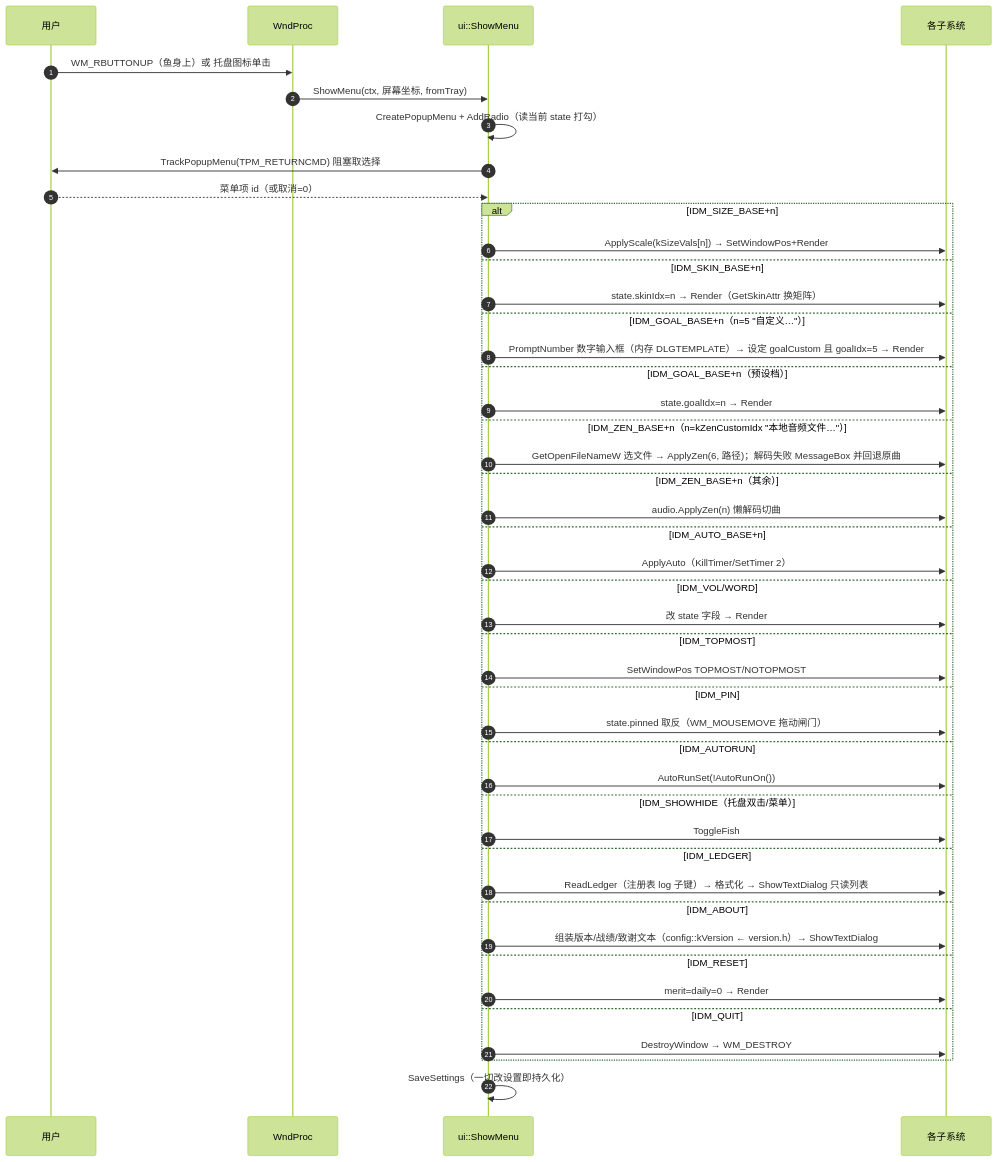
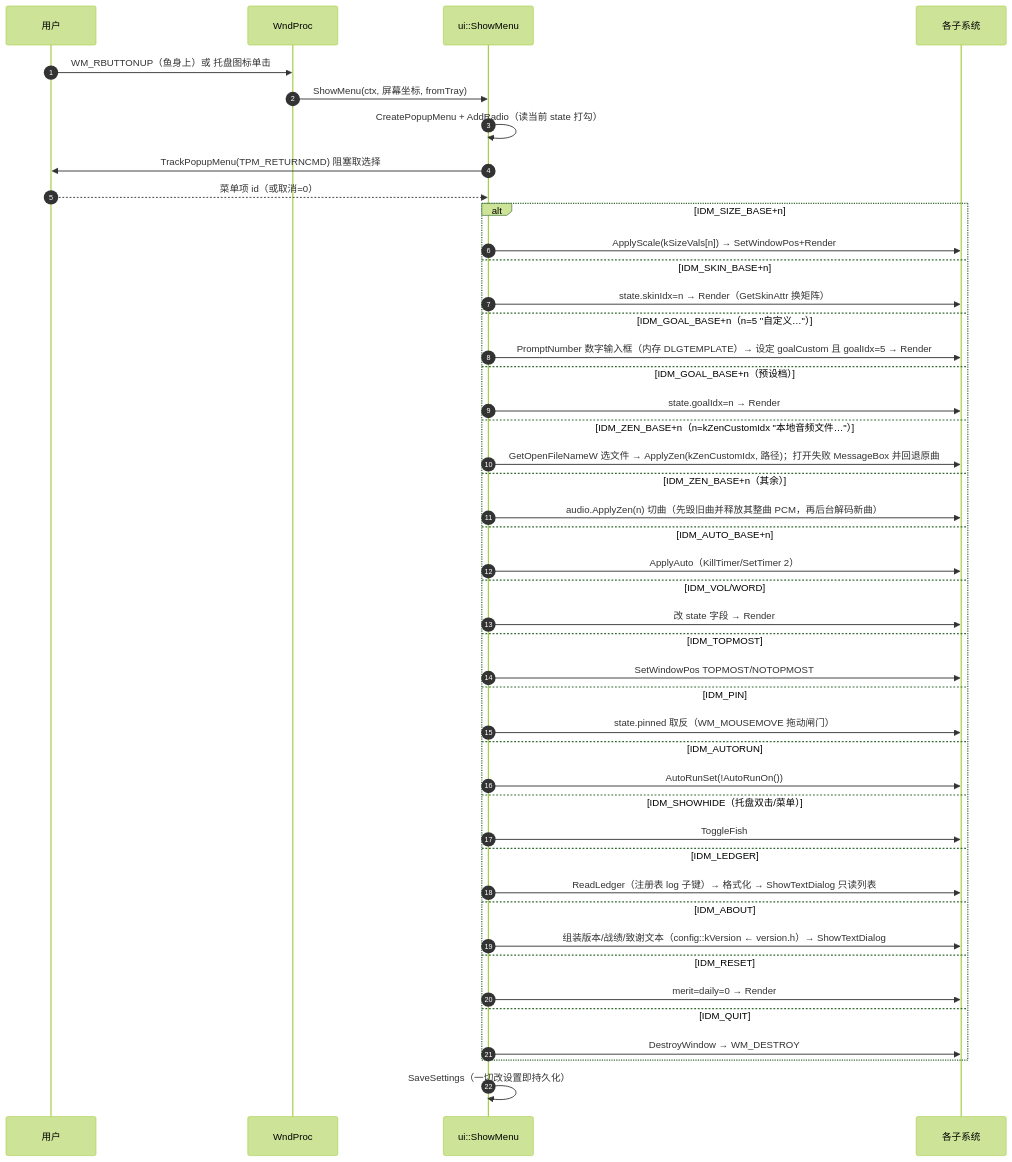
The fourth of 5 diagrams in docs/sequence-diagrams.md (TianYunCode/wooden_fish), drawn with Mermaid (forest theme) before and after one commit. The commit also changed other lines of this file and 17 other files, not shown here.

````diff
--- a/docs/sequence-diagrams.md
+++ b/docs/sequence-diagrams.md
@@ -121,48 +121,48 @@
 ```mermaid
 sequenceDiagram
     autonumber
     participant U as 用户
     participant WP as WndProc
     participant MU as ui::ShowMenu
     participant SYS as 各子系统
 
     U->>WP: WM_RBUTTONUP（鱼身上）或 托盘图标单击
     WP->>MU: ShowMenu(ctx, 屏幕坐标, fromTray)
     MU->>MU: CreatePopupMenu + AddRadio（读当前 state 打勾）
     MU->>U: TrackPopupMenu(TPM_RETURNCMD) 阻塞取选择
     U-->>MU: 菜单项 id（或取消=0）
     alt IDM_SIZE_BASE+n
         MU->>SYS: ApplyScale(kSizeVals[n]) → SetWindowPos+Render
     else IDM_SKIN_BASE+n
         MU->>SYS: state.skinIdx=n → Render（GetSkinAttr 换矩阵）
     else IDM_GOAL_BASE+n（n=5 "自定义…"）
         MU->>SYS: PromptNumber 数字输入框（内存 DLGTEMPLATE）→ 设定 goalCustom 且 goalIdx=5 → Render
     else IDM_GOAL_BASE+n（预设档）
         MU->>SYS: state.goalIdx=n → Render
     else IDM_ZEN_BASE+n（n=kZenCustomIdx "本地音频文件…"）
-        MU->>SYS: GetOpenFileNameW 选文件 → ApplyZen(6, 路径)；解码失败 MessageBox 并回退原曲
+        MU->>SYS: GetOpenFileNameW 选文件 → ApplyZen(kZenCustomIdx, 路径)；打开失败 MessageBox 并回退原曲
     else IDM_ZEN_BASE+n（其余）
-        MU->>SYS: audio.ApplyZen(n) 懒解码切曲
+        MU->>SYS: audio.ApplyZen(n) 切曲（先毁旧曲并释放其整曲 PCM，再后台解码新曲）
     else IDM_AUTO_BASE+n
         MU->>SYS: ApplyAuto（KillTimer/SetTimer 2）
     else IDM_VOL/WORD
         MU->>SYS: 改 state 字段 → Render
     else IDM_TOPMOST
         MU->>SYS: SetWindowPos TOPMOST/NOTOPMOST
     else IDM_PIN
         MU->>SYS: state.pinned 取反（WM_MOUSEMOVE 拖动闸门）
     else IDM_AUTORUN
         MU->>SYS: AutoRunSet(!AutoRunOn())
     else IDM_SHOWHIDE（托盘双击/菜单）
         MU->>SYS: ToggleFish
     else IDM_LEDGER
         MU->>SYS: ReadLedger（注册表 log 子键）→ 格式化 → ShowTextDialog 只读列表
     else IDM_ABOUT
         MU->>SYS: 组装版本/战绩/致谢文本（config::kVersion ← version.h）→ ShowTextDialog
     else IDM_RESET
         MU->>SYS: merit=daily=0 → Render
     else IDM_QUIT
         MU->>SYS: DestroyWindow → WM_DESTROY
     end
     MU->>MU: SaveSettings（一切改设置即持久化）
 ```
````
